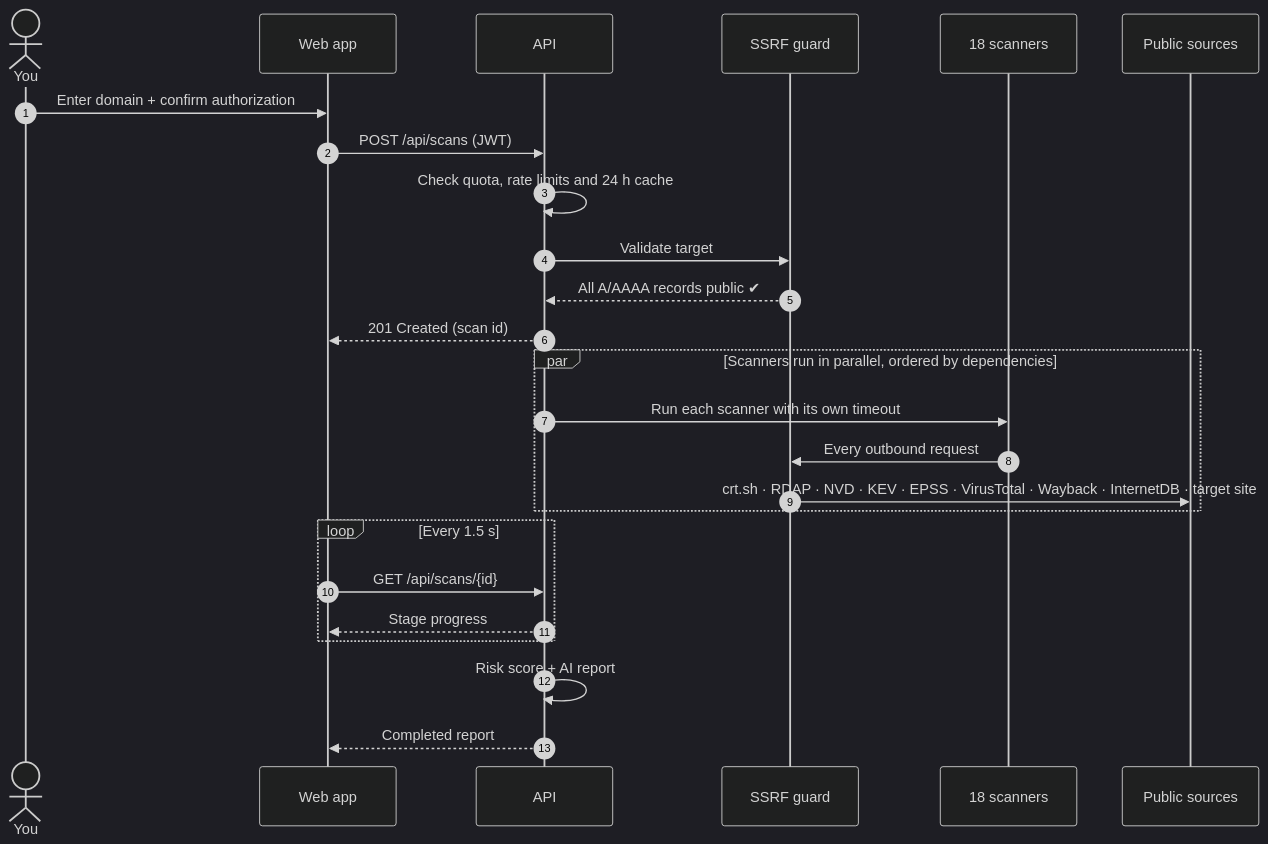
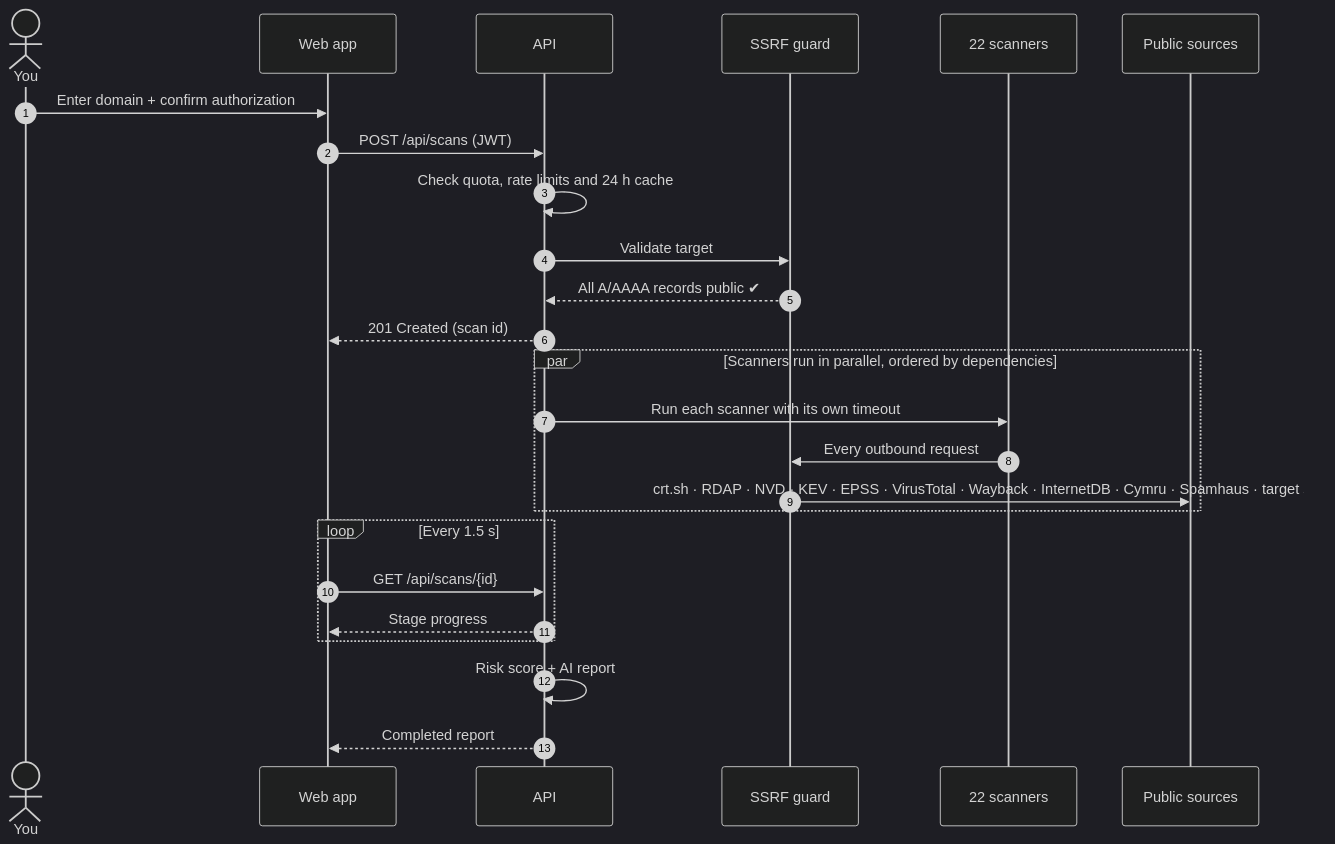
Before and after one commit to munisaidivith19-sketch/ReconLens: the first of 2 diagrams in README.md, drawn with Mermaid (dark theme). The commit also changed other lines of this file and 43 other files, not shown here.

````diff
--- a/README.md
+++ b/README.md
@@ -144,28 +167,28 @@
 ```mermaid
 sequenceDiagram
     autonumber
     actor U as You
     participant W as Web app
     participant A as API
     participant G as SSRF guard
-    participant S as 18 scanners
+    participant S as 22 scanners
     participant D as Public sources
 
     U->>W: Enter domain + confirm authorization
     W->>A: POST /api/scans (JWT)
     A->>A: Check quota, rate limits and 24 h cache
     A->>G: Validate target
     G-->>A: All A/AAAA records public ✔
     A-->>W: 201 Created (scan id)
     par Scanners run in parallel, ordered by dependencies
         A->>S: Run each scanner with its own timeout
         S->>G: Every outbound request
-        G->>D: crt.sh · RDAP · NVD · KEV · EPSS · VirusTotal · Wayback · InternetDB · target site
+        G->>D: crt.sh · RDAP · NVD · KEV · EPSS · VirusTotal · Wayback · InternetDB · Cymru · Spamhaus · target site
     end
     loop Every 1.5 s
         W->>A: GET /api/scans/{id}
         A-->>W: Stage progress
     end
     A->>A: Risk score + AI report
     A-->>W: Completed report
 ```
````
